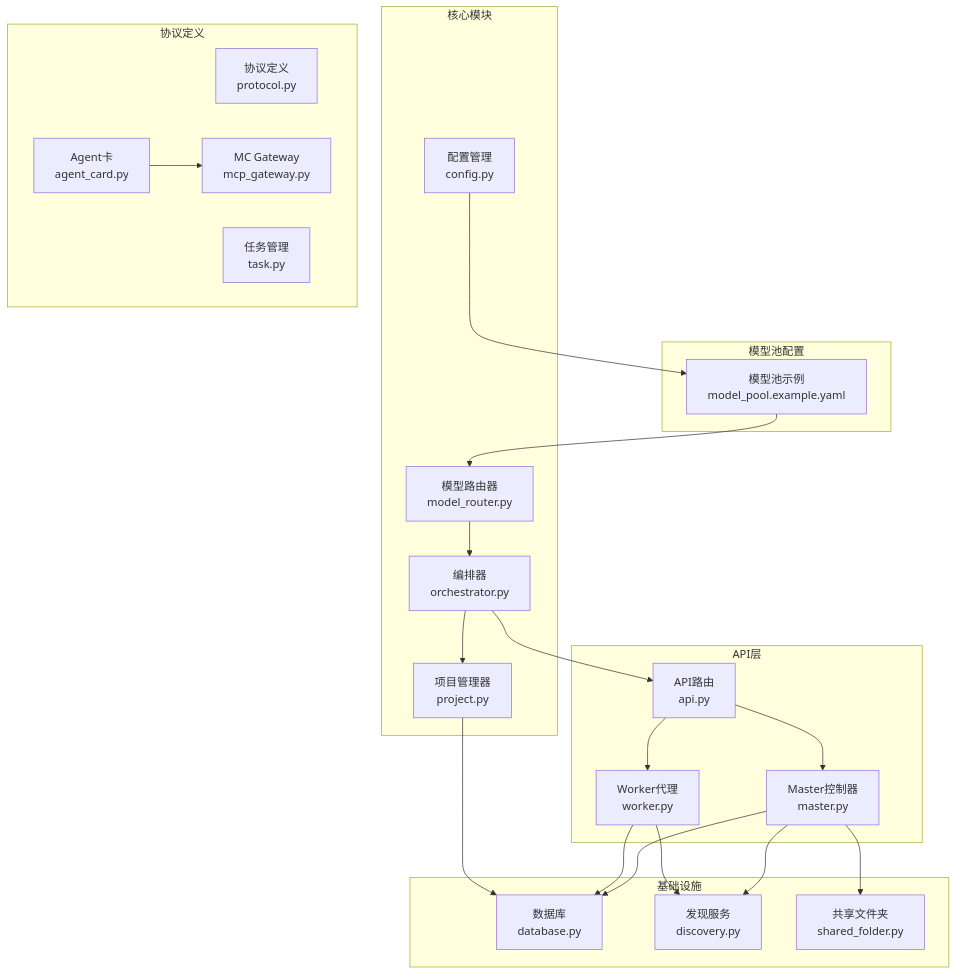
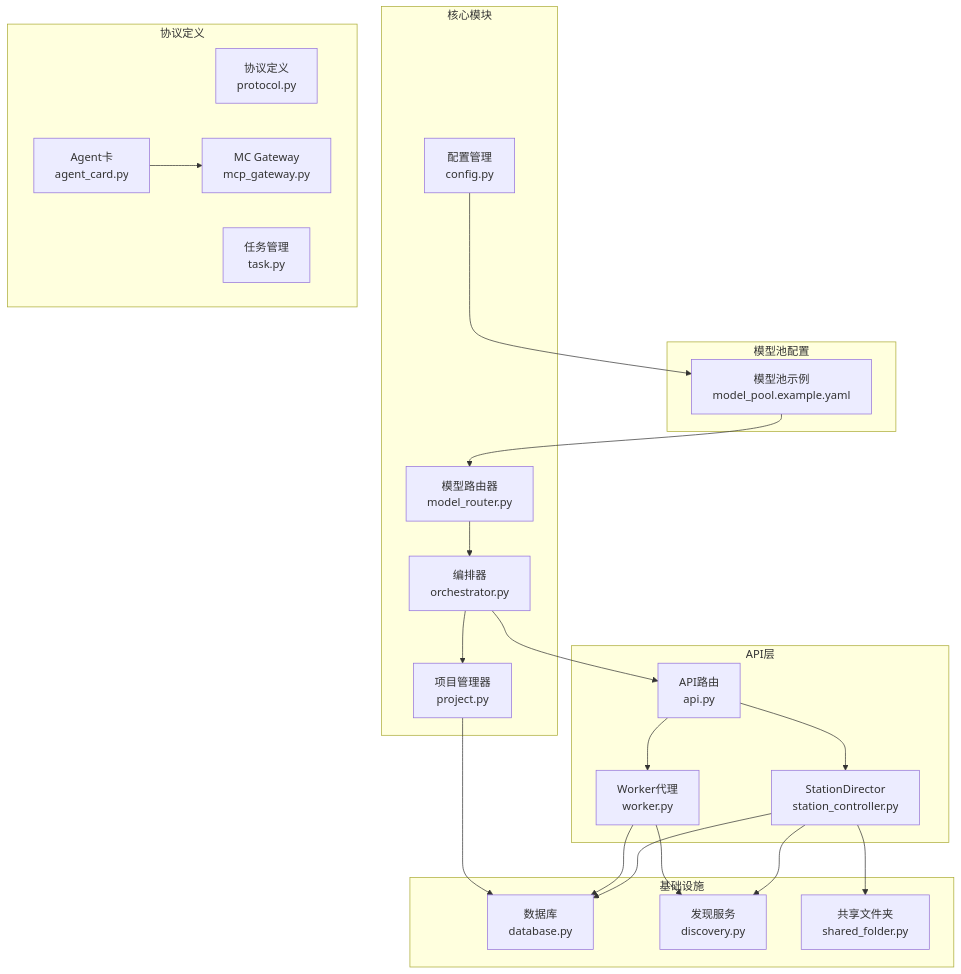
Before and after one commit to targalian/Personal-distributed-workstation: the first of 5 diagrams in .qoder/repowiki/zh/content/核心模块/模型路由系统.md, drawn with Mermaid. The commit also changed 63 other files, not shown here.

Commit message:
docs(station): 同步 repo wiki 至 station_controller/station_api 架构

````diff
--- a/.qoder/repowiki/zh/content/核心模块/模型路由系统.md
+++ b/.qoder/repowiki/zh/content/核心模块/模型路由系统.md
@@ -49,42 +49,42 @@
 ```mermaid
 graph TB
 subgraph "核心模块"
 MR[模型路由器<br/>model_router.py]
 ORC[编排器<br/>orchestrator.py]
 PM[项目管理器<br/>project.py]
 CFG[配置管理<br/>config.py]
 end
 subgraph "API层"
 API[API路由<br/>api.py]
-MASTER[Master控制器<br/>master.py]
+MASTER[StationDirector<br/>station_controller.py]
 WORKER[Worker代理<br/>worker.py]
 end
 subgraph "基础设施"
 DB[数据库<br/>database.py]
 DISC[发现服务<br/>discovery.py]
 SHARED[共享文件夹<br/>shared_folder.py]
 end
 subgraph "协议定义"
 PROT[协议定义<br/>protocol.py]
 TASK[任务管理<br/>task.py]
 AGENT[Agent卡<br/>agent_card.py]
 MCPP[MC Gateway<br/>mcp_gateway.py]
 end
 subgraph "模型池配置"
 MODELPOOL[模型池示例<br/>model_pool.example.yaml]
 end
 MR --> ORC
 ORC --> API
 API --> MASTER
 API --> WORKER
 MASTER --> DB
 WORKER --> DB
 MASTER --> DISC
 WORKER --> DISC
 MASTER --> SHARED
 ORC --> PM
 PM --> DB
 AGENT --> MCPP
 MODELPOOL --> MR
 CFG --> MODELPOOL
 ```
````
